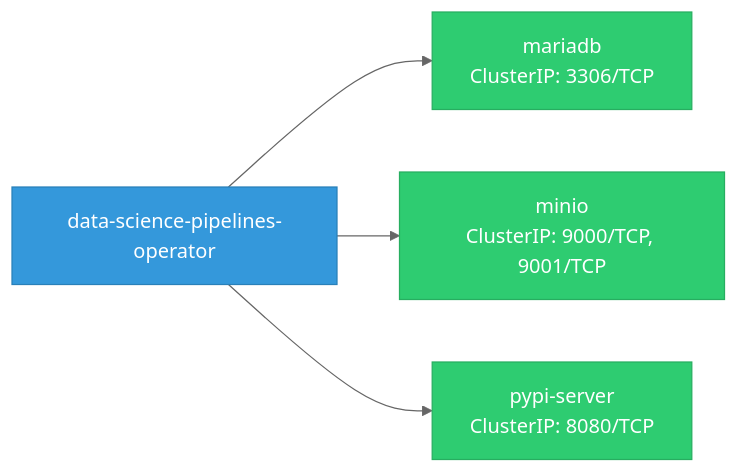
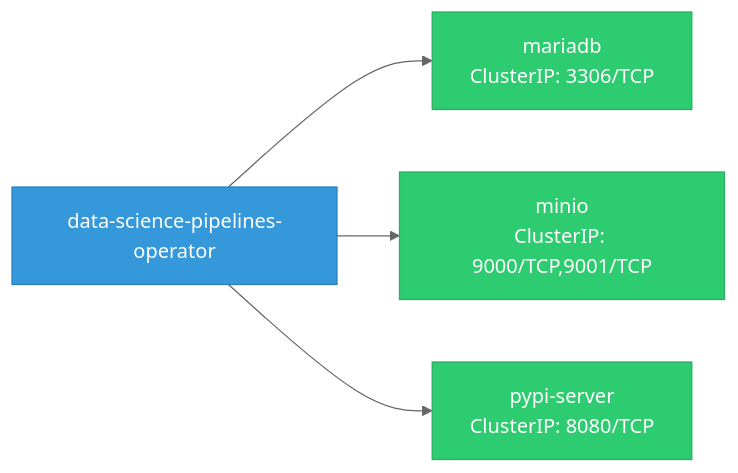
Before and after one commit to ugiordan/architecture-analyzer: the diagram in site/docs/rhoai-platform/components/data_science_pipelines_operator/network.md, drawn with Mermaid (neutral theme). The commit also changed 22 other files, not shown here.

````diff
--- a/site/docs/rhoai-platform/components/data_science_pipelines_operator/network.md
+++ b/site/docs/rhoai-platform/components/data_science_pipelines_operator/network.md
@@ -5,10 +5,11 @@
 ```mermaid
 graph LR
     classDef svc fill:#2ecc71,stroke:#27ae60,color:#fff
+    classDef test fill:#95a5a6,stroke:#7f8c8d,color:#fff
     classDef component fill:#3498db,stroke:#2980b9,color:#fff
 
     data_science_pipelines_operator["data-science-pipelines-operator"]:::component
     data_science_pipelines_operator --> svc_0["mariadb\nClusterIP: 3306/TCP"]:::svc
-    data_science_pipelines_operator --> svc_1["minio\nClusterIP: 9000/TCP, 9001/TCP"]:::svc
+    data_science_pipelines_operator --> svc_1["minio\nClusterIP: 9000/TCP,9001/TCP"]:::svc
     data_science_pipelines_operator --> svc_2["pypi-server\nClusterIP: 8080/TCP"]:::svc
 ```
````
